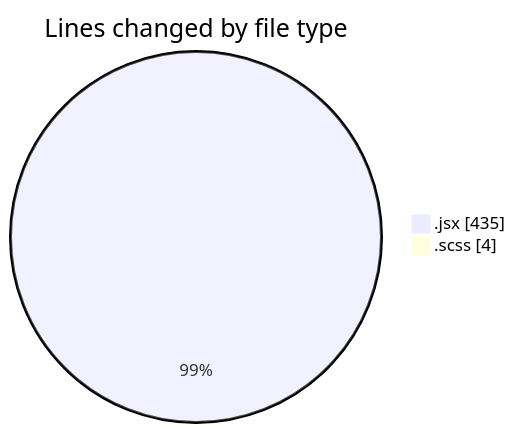
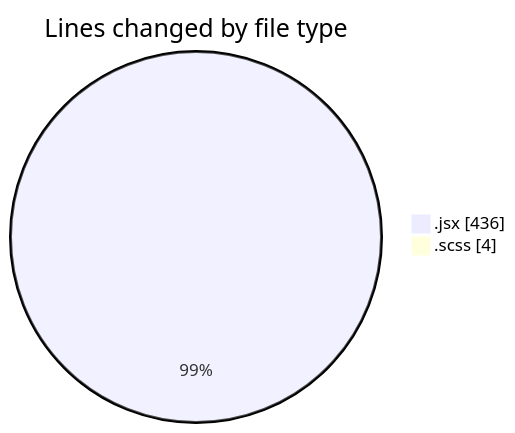
One commit to momahboobian/code-tracking changed the first of 2 diagrams in 2025-06-04/cda/README.md. Above: the diagram before and after it, drawn with Mermaid. The commit also changed other lines of this file and 1 other file, not shown here.

````diff
--- a/2025-06-04/cda/README.md
+++ b/2025-06-04/cda/README.md
@@ -22,6 +22,6 @@
 ```mermaid
 pie showData
 title Lines changed by file type
-".jsx" : 435
+".jsx" : 436
 ".scss" : 4
 ```
````
